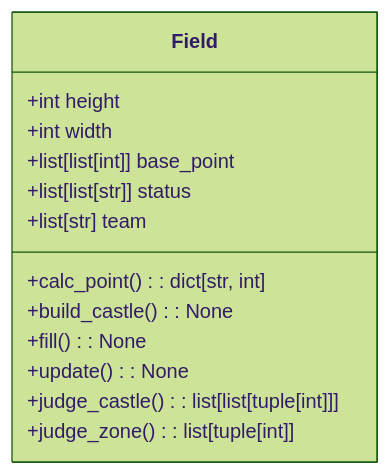
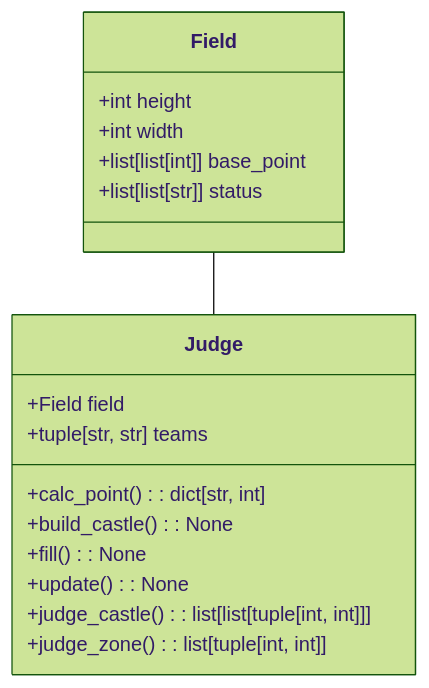
Before and after one commit to nanigasi-san/procon-31-judge-server: the diagram in docs/judge/class.mermaid, drawn with Mermaid (forest theme). The commit also changed 10 other files, not shown here.

```diff
--- a/docs/judge/class.mermaid
+++ b/docs/judge/class.mermaid
@@ -1,14 +1,18 @@
 classDiagram
+    Field -- Judge
     class Field {
         +int height
         +int width
         +list[list[int]] base_point
         +list[list[str]] status
-        +list[str] team
+    }
+    class Judge {
+        +Field field
+        +tuple[str, str] teams
         +calc_point(): dict[str, int]
         +build_castle(): None
         +fill(): None
         +update(): None
-        +judge_castle(): list[list[tuple[int]]]
-        +judge_zone(): list[tuple[int]]
+        +judge_castle(): list[list[tuple[int, int]]]
+        +judge_zone(): list[tuple[int, int]]
     }
```
